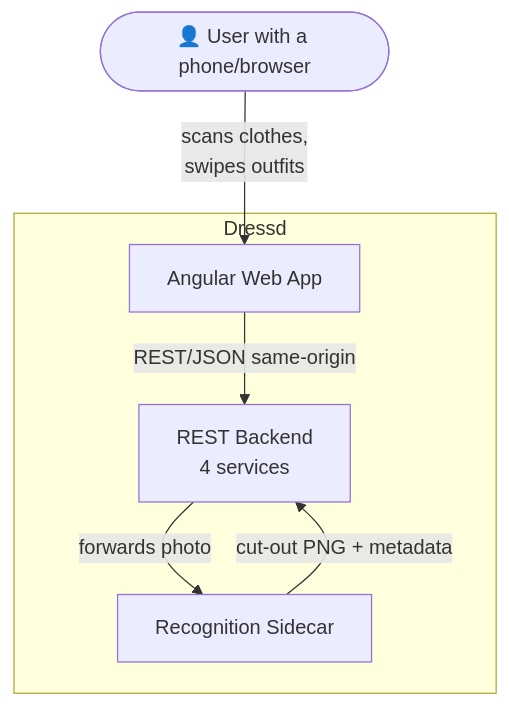
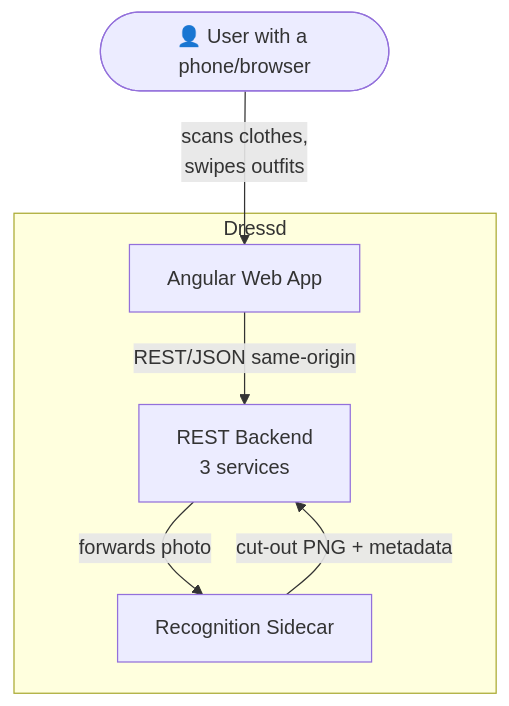
Before and after one commit to ChrisvDalen/Dressd: the first of 5 diagrams in README.md, drawn with Mermaid. The commit also changed other lines of this file and 10 other files, not shown here.

````diff
--- a/README.md
+++ b/README.md
@@ -151,13 +116,13 @@
 ```mermaid
 graph TD
     User([👤 User with a phone/browser])
     subgraph Dressd
       Web[Angular Web App]
-      API[REST Backend<br/>4 services]
+      API[REST Backend<br/>3 services]
       Reco[Recognition Sidecar]
     end
     User -->|scans clothes,<br/>swipes outfits| Web
     Web -->|REST/JSON same-origin| API
     API -->|forwards photo| Reco
     Reco -->|cut-out PNG + metadata| API
 ```
````
